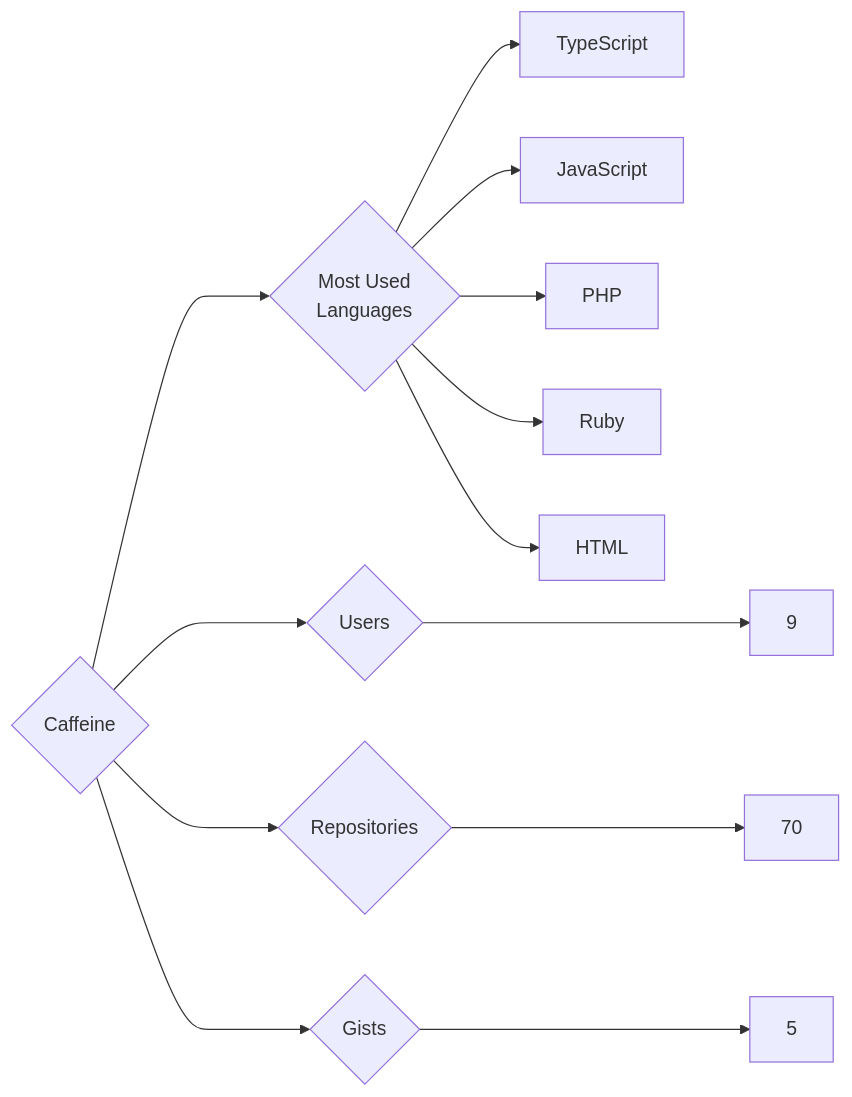
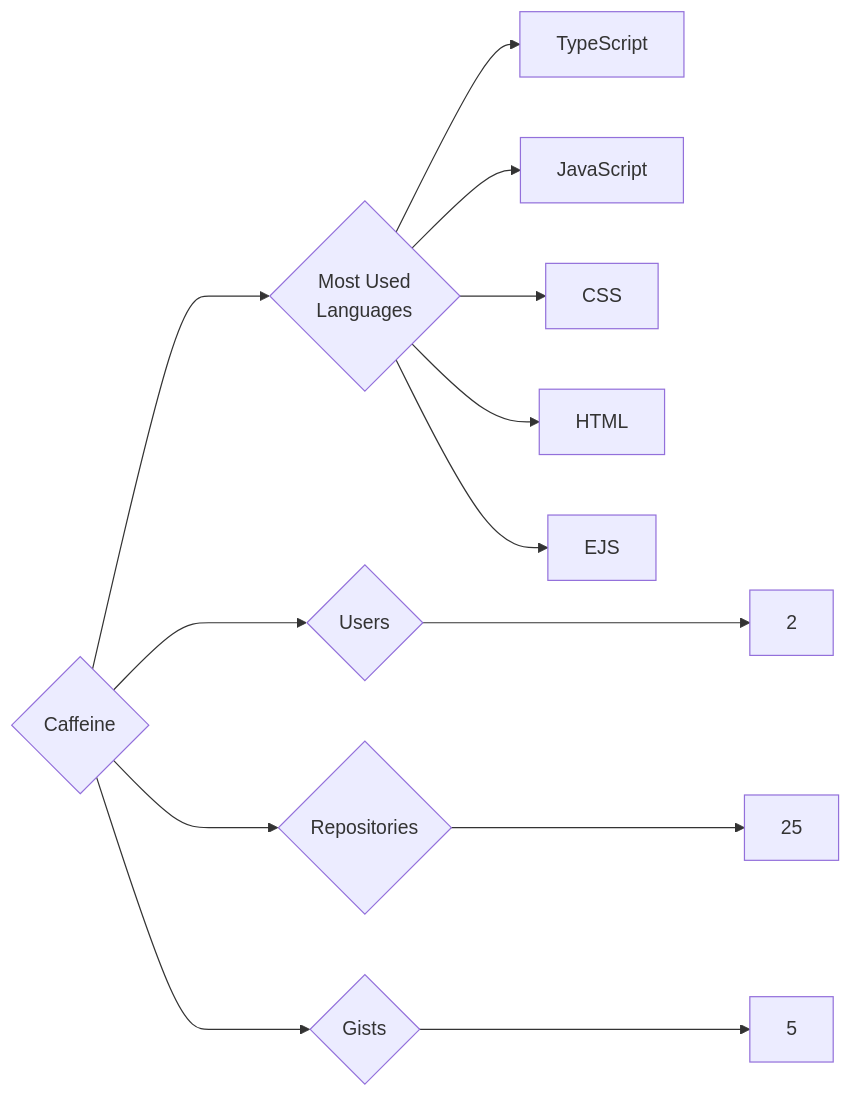
The diagram in targets/Caffeine/README.md (trickest/insiders), drawn with Mermaid before and after one commit. The commit also changed 874 other files, not shown here.

````diff
--- a/targets/Caffeine/README.md
+++ b/targets/Caffeine/README.md
@@ -3,13 +3,13 @@
 ```mermaid
 graph LR
 COMPANY_NAME{Caffeine}
-COMPANY_NAME ---> U{Users} ---> UN[9]
-COMPANY_NAME ---> R{Repositories} ---> RN[70]
+COMPANY_NAME ---> U{Users} ---> UN[2]
+COMPANY_NAME ---> R{Repositories} ---> RN[25]
 COMPANY_NAME ---> G{Gists} ---> GN[5]
 COMPANY_NAME ---> ML{Most Used<br>Languages}
 ML --> TypeScript[TypeScript]
 ML --> JavaScript[JavaScript]
-ML --> PHP[PHP]
-ML --> Ruby[Ruby]
+ML --> CSS[CSS]
 ML --> HTML[HTML]
+ML --> EJS[EJS]
 ```
````
